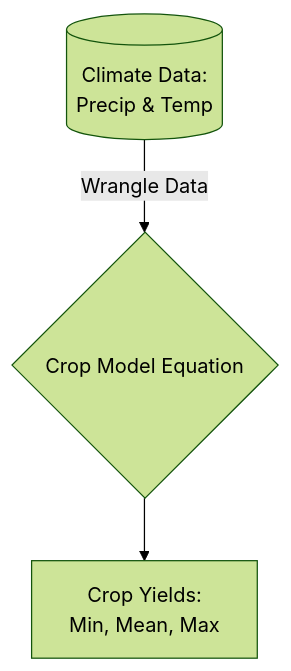
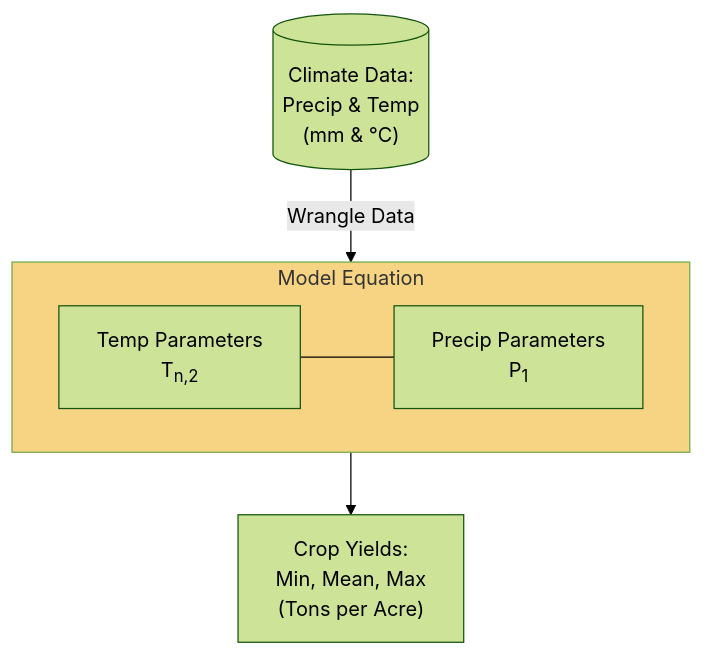
One commit to zachyyy700/eds230-homework changed the diagram in 3_almondyield/almond_analysis.qmd. Above: the diagram before and after it, drawn with Mermaid (forest theme). The commit also changed other lines of this file and 2 other files, not shown here.

Commit message:
Complete almonds

````diff
--- a/3_almondyield/almond_analysis.qmd
+++ b/3_almondyield/almond_analysis.qmd
@@ -5,5 +7,12 @@
 ```{mermaid}
 flowchart TD
-    Data[(Climate Data:\nPrecip & Temp)]-->|Wrangle Data|Eq{Crop Model Equation}
-    Eq --> Yield[Crop Yields:\nMin, Mean, Max]
+    Data[("Climate Data:<br>Precip & Temp<br>(mm & ℃)")]-->|Wrangle Data|equation
+    subgraph equation[Model Equation]
+        direction LR
+        TempPara[Temp Parameters<br>T<sub>n,2</sub>] --- PrecipPara[Precip Parameters<br>P<sub>1</sub>]
+    end
+
+    equation --> Yield["Crop Yields:<br>Min, Mean, Max<br>(Tons per Acre)"]
+
+    style equation fill:#F7D483
 ```
````
